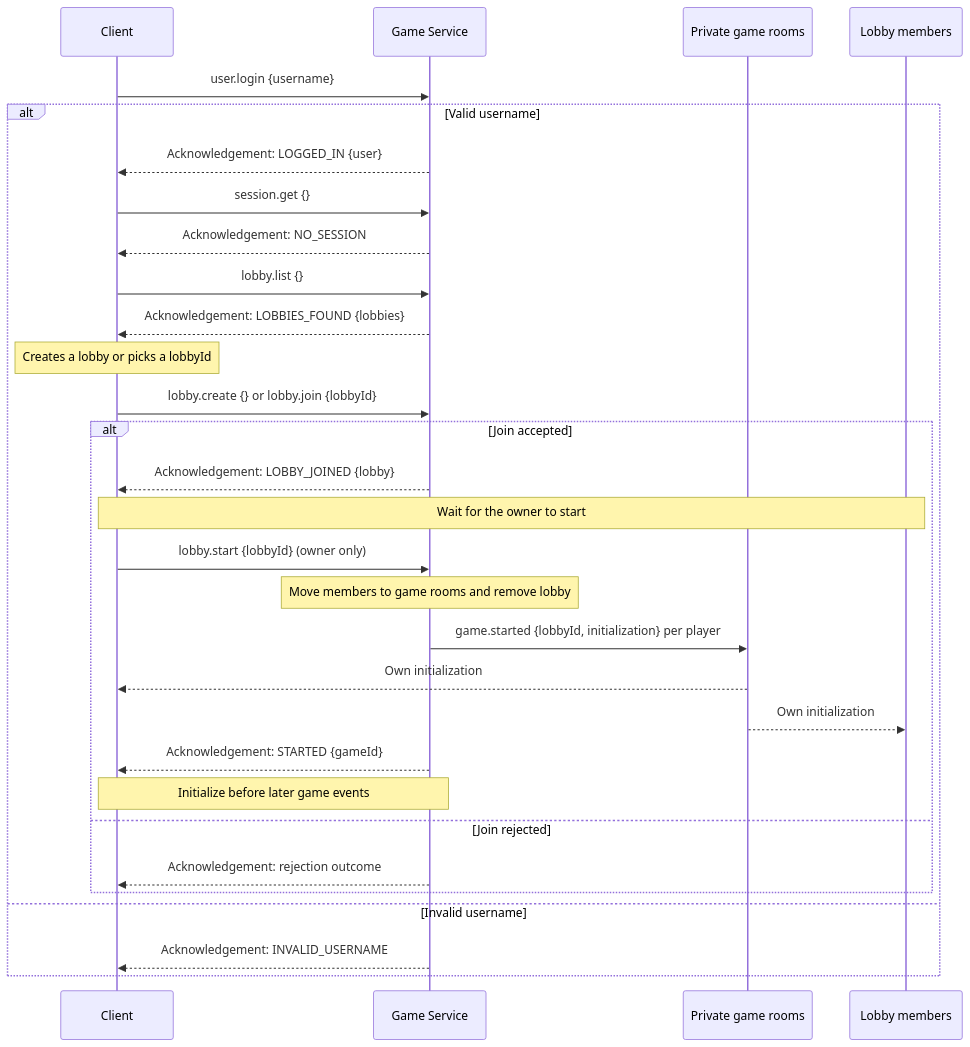
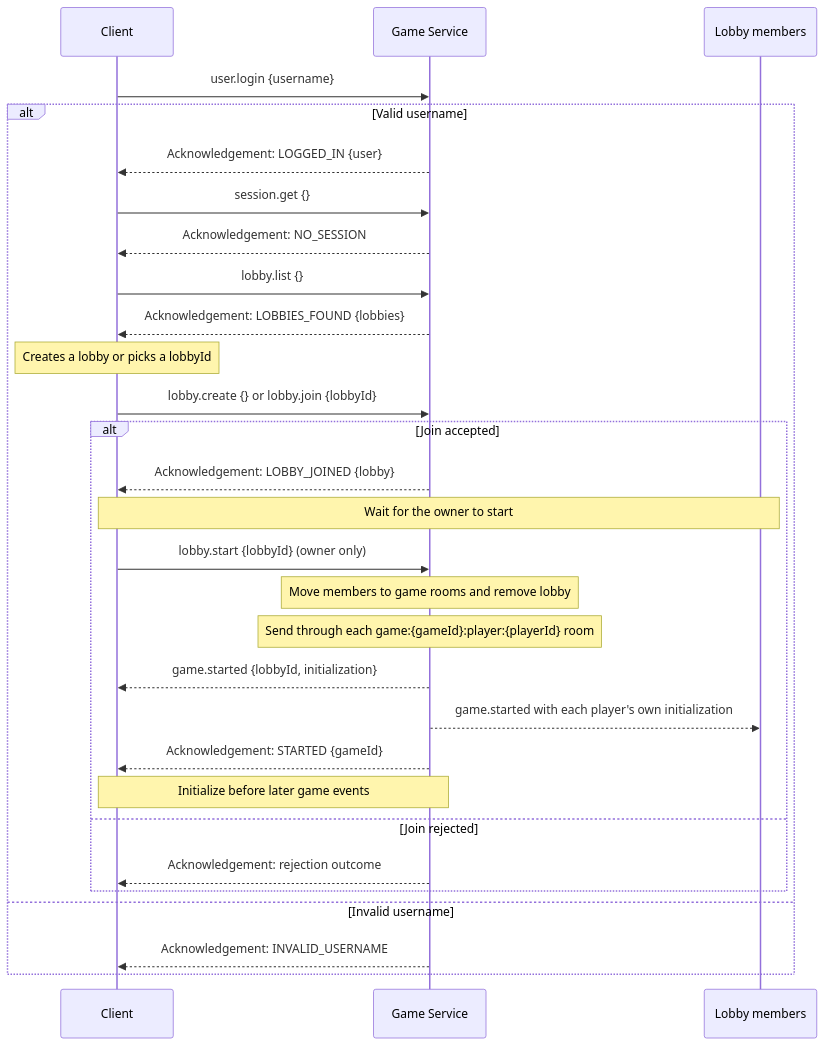
The first of 4 diagrams in docs/Communication.md (hananinas/RoboRally), drawn with Mermaid before and after one commit. The commit also changed other lines of this file and 2 other files, not shown here.

Commit message:
docs(lobby): clarify session recovery and initialization routing

````diff
--- a/docs/Communication.md
+++ b/docs/Communication.md
@@ -65,33 +67,32 @@
 ```mermaid
 sequenceDiagram
     participant Client
     participant Server as Game Service
-    participant Private as Private game rooms
     participant Others as Lobby members
 
     Client->>Server: user.login {username}
     alt Valid username
         Server-->>Client: Acknowledgement: LOGGED_IN {user}
         Client->>Server: session.get {}
         Server-->>Client: Acknowledgement: NO_SESSION
         Client->>Server : lobby.list {}
         Server-->>Client: Acknowledgement: LOBBIES_FOUND {lobbies}
         Note over Client: Creates a lobby or picks a lobbyId
         Client->>Server: lobby.create {} or lobby.join {lobbyId}
         alt Join accepted
             Server-->>Client: Acknowledgement: LOBBY_JOINED {lobby}
             Note over Client,Others: Wait for the owner to start
             Client->>Server: lobby.start {lobbyId} (owner only)
             Note over Server: Move members to game rooms and remove lobby
-            Server->>Private: game.started {lobbyId, initialization} per player
-            Private-->>Client: Own initialization
-            Private-->>Others: Own initialization
+            Note over Server: Send through each game:{gameId}:player:{playerId} room
+            Server-->>Client: game.started {lobbyId, initialization}
+            Server-->>Others: game.started with each player's own initialization
             Server-->>Client: Acknowledgement: STARTED {gameId}
             Note over Client,Server: Initialize before later game events
         else Join rejected
             Server-->>Client: Acknowledgement: rejection outcome
         end
     else Invalid username
         Server-->>Client: Acknowledgement: INVALID_USERNAME
     end
 ```
````
